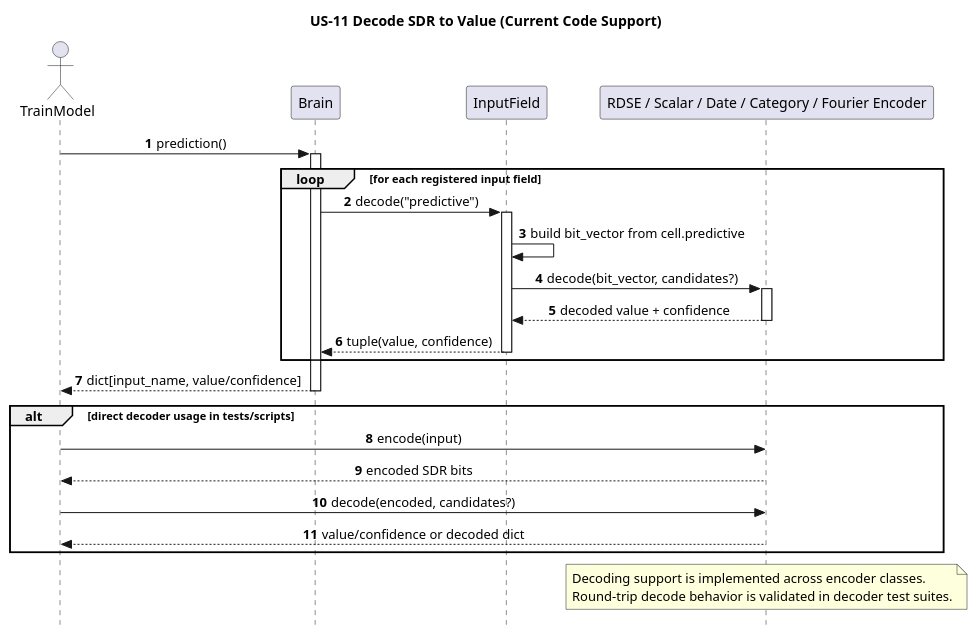
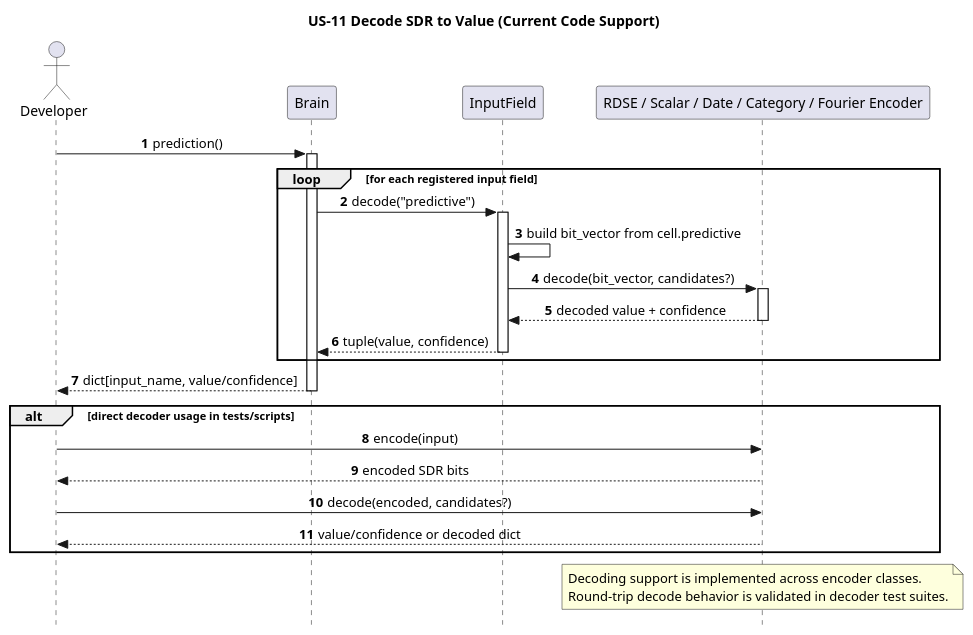
One commit to egrembocki/htmrl changed the diagram in docs/puml/US/us-11.puml. Above: the diagram before and after it, drawn with PlantUML. The commit also changed 5 other files, not shown here.

```diff
--- a/docs/puml/US/us-11.puml
+++ b/docs/puml/US/us-11.puml
@@ -1,41 +1,41 @@
 @startuml
 skinparam style strictuml
 skinparam sequenceMessageAlign center
 skinparam responseMessageBelowArrow true
 autonumber
 
 title US-11 Decode SDR to Value (Current Code Support)
 
-actor TrainModel
+actor "Developer" as Dev
 participant "Brain" as BR
 participant "InputField" as IF
 participant "RDSE / Scalar / Date / Category / Fourier Encoder" as ENC
 
-TrainModel -> BR: prediction()
+Dev -> BR: prediction()
 activate BR
 loop for each registered input field
   BR -> IF: decode("predictive")
   activate IF
   IF -> IF: build bit_vector from cell.predictive
   IF -> ENC: decode(bit_vector, candidates?)
   activate ENC
   ENC --> IF: decoded value + confidence
   deactivate ENC
   IF --> BR: tuple(value, confidence)
   deactivate IF
 end
-BR --> TrainModel: dict[input_name, value/confidence]
+BR --> Dev: dict[input_name, value/confidence]
 deactivate BR
 
 alt direct decoder usage in tests/scripts
-  TrainModel -> ENC: encode(input)
-  ENC --> TrainModel: encoded SDR bits
-  TrainModel -> ENC: decode(encoded, candidates?)
-  ENC --> TrainModel: value/confidence or decoded dict
+  Dev -> ENC: encode(input)
+  ENC --> Dev: encoded SDR bits
+  Dev -> ENC: decode(encoded, candidates?)
+  ENC --> Dev: value/confidence or decoded dict
 end
 
 note over ENC
 Decoding support is implemented across encoder classes.
 Round-trip decode behavior is validated in decoder test suites.
 end note
 @enduml
```
